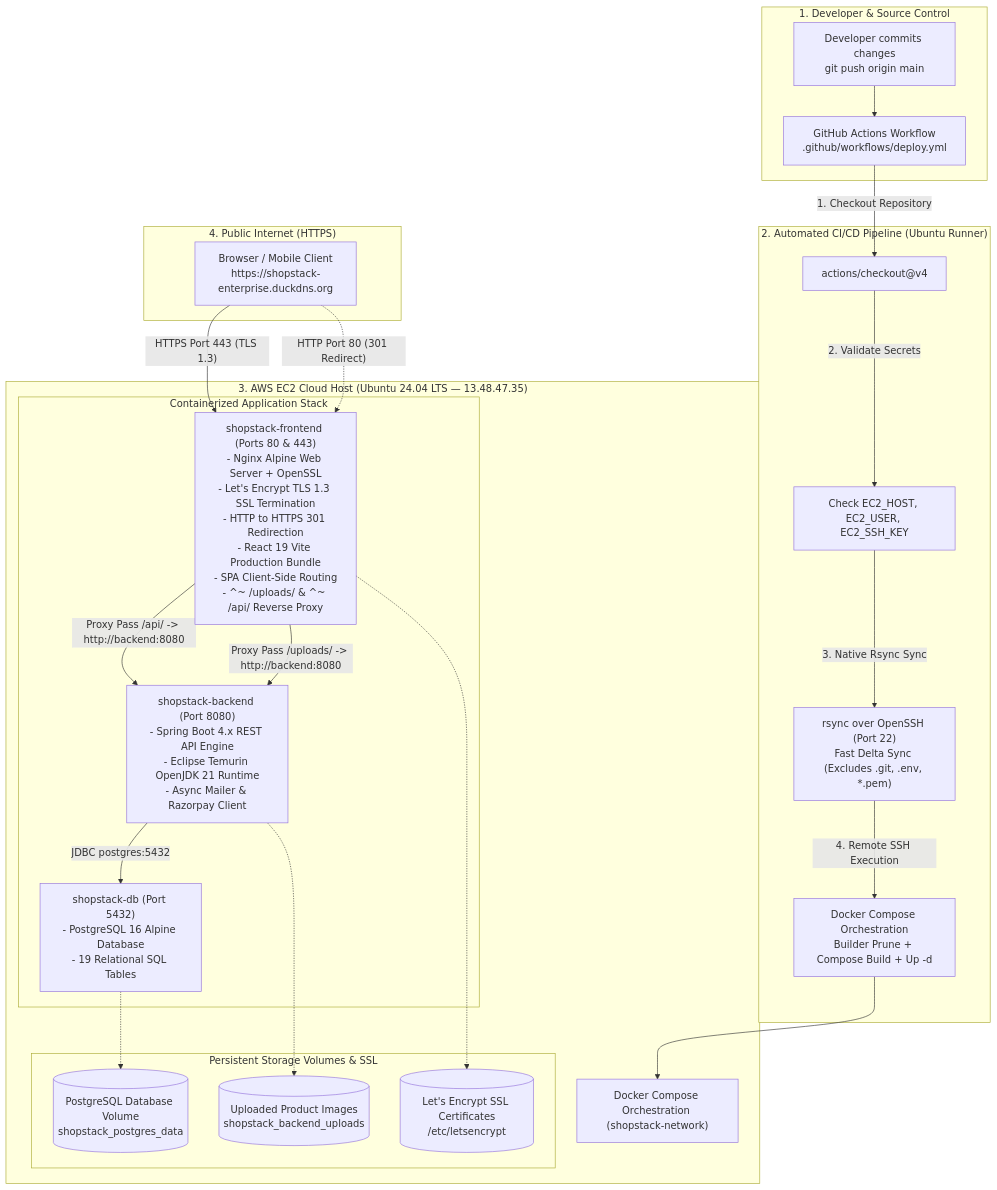
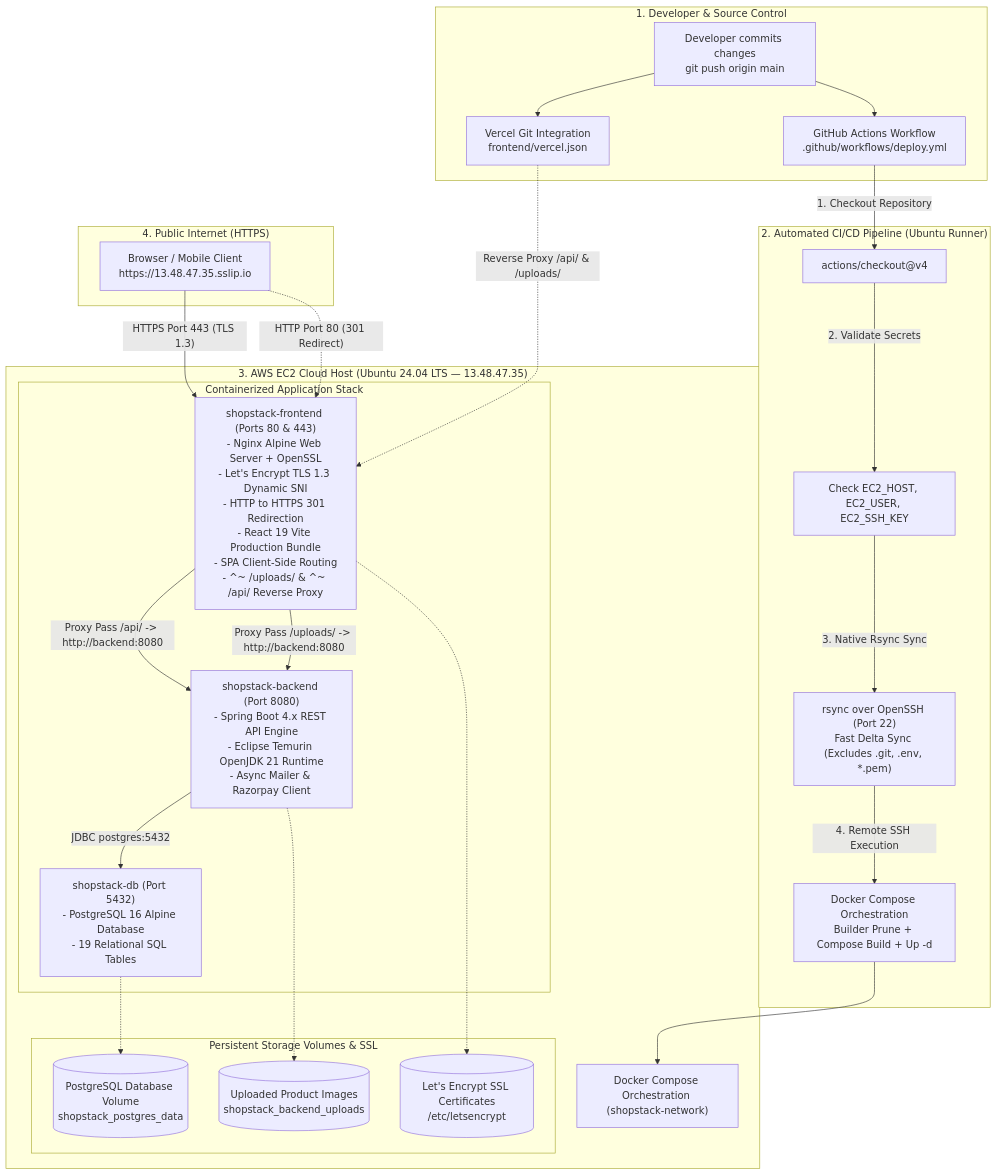
One commit to anirban0021/ShopStack--Enterprise-Multi-Vendor-E-Commerce-Platform changed the eighth of 8 diagrams in README.md. Above: the diagram before and after it, drawn with Mermaid. The commit also changed other lines of this file and 1 other file, not shown here.

Commit message:
docs(day16): remove duckdns references, add sslip.io and vercel deployment details

````diff
--- a/README.md
+++ b/README.md
@@ -2378,44 +2378,46 @@
 ```mermaid
 flowchart TD
     subgraph "1. Developer & Source Control"
         Dev["Developer commits changes<br/>git push origin main"] --> GHA["GitHub Actions Workflow<br/>.github/workflows/deploy.yml"]
+        Dev --> Vercel["Vercel Git Integration<br/>frontend/vercel.json"]
     end
 
     subgraph "2. Automated CI/CD Pipeline (Ubuntu Runner)"
         GHA -->|"1. Checkout Repository"| GH1["actions/checkout@v4"]
         GH1 -->|"2. Validate Secrets"| GH2["Check EC2_HOST, EC2_USER, EC2_SSH_KEY"]
         GH2 -->|"3. Native Rsync Sync"| GH3["rsync over OpenSSH (Port 22)<br/>Fast Delta Sync (Excludes .git, .env, *.pem)"]
         GH3 -->|"4. Remote SSH Execution"| GH4["Docker Compose Orchestration<br/>Builder Prune + Compose Build + Up -d"]
     end
 
     subgraph "3. AWS EC2 Cloud Host (Ubuntu 24.04 LTS — 13.48.47.35)"
         GH4 --> Docker["Docker Compose Orchestration (shopstack-network)"]
         
         subgraph "Containerized Application Stack"
-            Frontend["shopstack-frontend (Ports 80 & 443)<br/>- Nginx Alpine Web Server + OpenSSL<br/>- Let's Encrypt TLS 1.3 SSL Termination<br/>- HTTP to HTTPS 301 Redirection<br/>- React 19 Vite Production Bundle<br/>- SPA Client-Side Routing<br/>- ^~ /uploads/ & ^~ /api/ Reverse Proxy"]
+            Frontend["shopstack-frontend (Ports 80 & 443)<br/>- Nginx Alpine Web Server + OpenSSL<br/>- Let's Encrypt TLS 1.3 Dynamic SNI<br/>- HTTP to HTTPS 301 Redirection<br/>- React 19 Vite Production Bundle<br/>- SPA Client-Side Routing<br/>- ^~ /uploads/ & ^~ /api/ Reverse Proxy"]
             
             Backend["shopstack-backend (Port 8080)<br/>- Spring Boot 4.x REST API Engine<br/>- Eclipse Temurin OpenJDK 21 Runtime<br/>- Async Mailer & Razorpay Client"]
             
             Database["shopstack-db (Port 5432)<br/>- PostgreSQL 16 Alpine Database<br/>- 19 Relational SQL Tables"]
         end
 
         subgraph "Persistent Storage Volumes & SSL"
             VolDB[("PostgreSQL Database Volume<br/>shopstack_postgres_data")]
             VolUploads[("Uploaded Product Images<br/>shopstack_backend_uploads")]
             VolSSL[("Let's Encrypt SSL Certificates<br/>/etc/letsencrypt")]
         end
     end
 
     subgraph "4. Public Internet (HTTPS)"
-        Client["Browser / Mobile Client<br/>https://shopstack-enterprise.duckdns.org"]
+        Client["Browser / Mobile Client<br/>https://13.48.47.35.sslip.io"]
     end
 
     Client -->|"HTTPS Port 443 (TLS 1.3)"| Frontend
     Client -.->|"HTTP Port 80 (301 Redirect)"| Frontend
+    Vercel -.->|"Reverse Proxy /api/ & /uploads/"| Frontend
     Frontend -->|"Proxy Pass /api/ -> http://backend:8080"| Backend
     Frontend -->|"Proxy Pass /uploads/ -> http://backend:8080"| Backend
     Frontend -.-> VolSSL
     Backend -->|"JDBC postgres:5432"| Database
     Database -.-> VolDB
     Backend -.-> VolUploads
 ```
````
